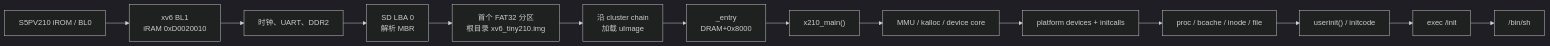
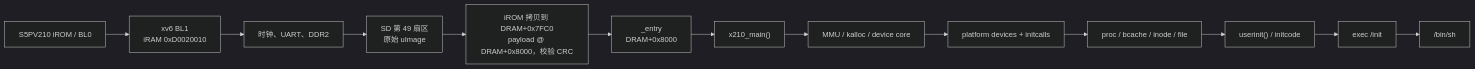
The diagram in doc/readme/tiny210/README.md (jimingkang/xv6-aarch64), drawn with Mermaid (dark theme) before and after one commit. The commit also changed other lines of this file and 63 other files, not shown here.

````diff
--- a/doc/readme/tiny210/README.md
+++ b/doc/readme/tiny210/README.md
@@ -120,16 +127,15 @@
 ```mermaid
 flowchart LR
   ROM["S5PV210 iROM / BL0"] --> BL1["xv6 BL1<br/>iRAM 0xD0020010"]
   BL1 --> DDR["时钟、UART、DDR2"]
-  DDR --> MBR["SD LBA 0<br/>解析 MBR"]
-  MBR --> FAT["首个 FAT32 分区<br/>根目录 xv6_tiny210.img"]
-  FAT --> IMG["沿 cluster chain<br/>加载 uImage"]
+  DDR --> RAW["SD 第 49 扇区<br/>原始 uImage"]
+  RAW --> IMG["iROM 拷贝到 DRAM+0x7FC0<br/>payload @ DRAM+0x8000，校验 CRC"]
   IMG --> ENTRY["_entry<br/>DRAM+0x8000"]
   ENTRY --> MAIN["x210_main()"]
   MAIN --> MMU["MMU / kalloc / device core"]
   MMU --> DEV["platform devices + initcalls"]
   DEV --> PROC["proc / bcache / inode / file"]
   PROC --> U0["userinit() / initcode"]
   U0 --> INIT["exec /init"]
   INIT --> SH["/bin/sh"]
 ```
````
